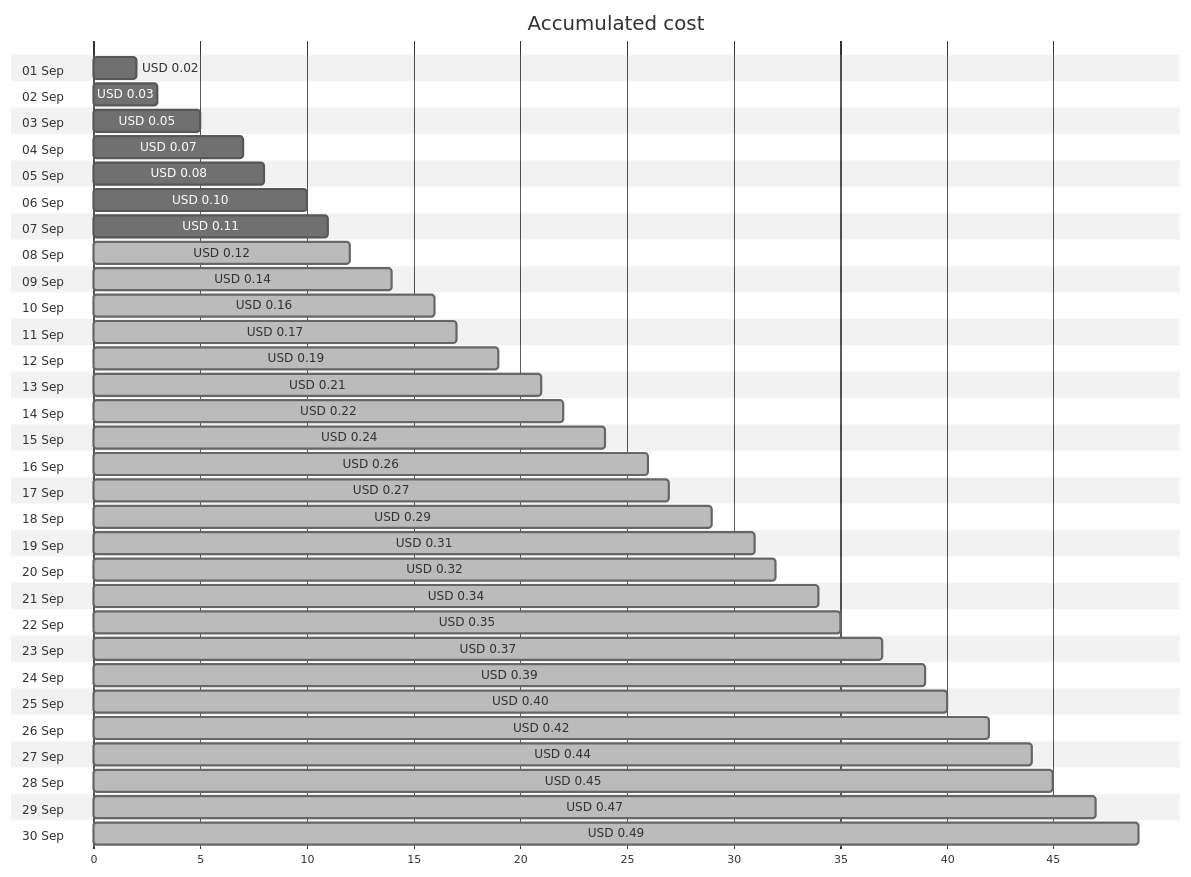
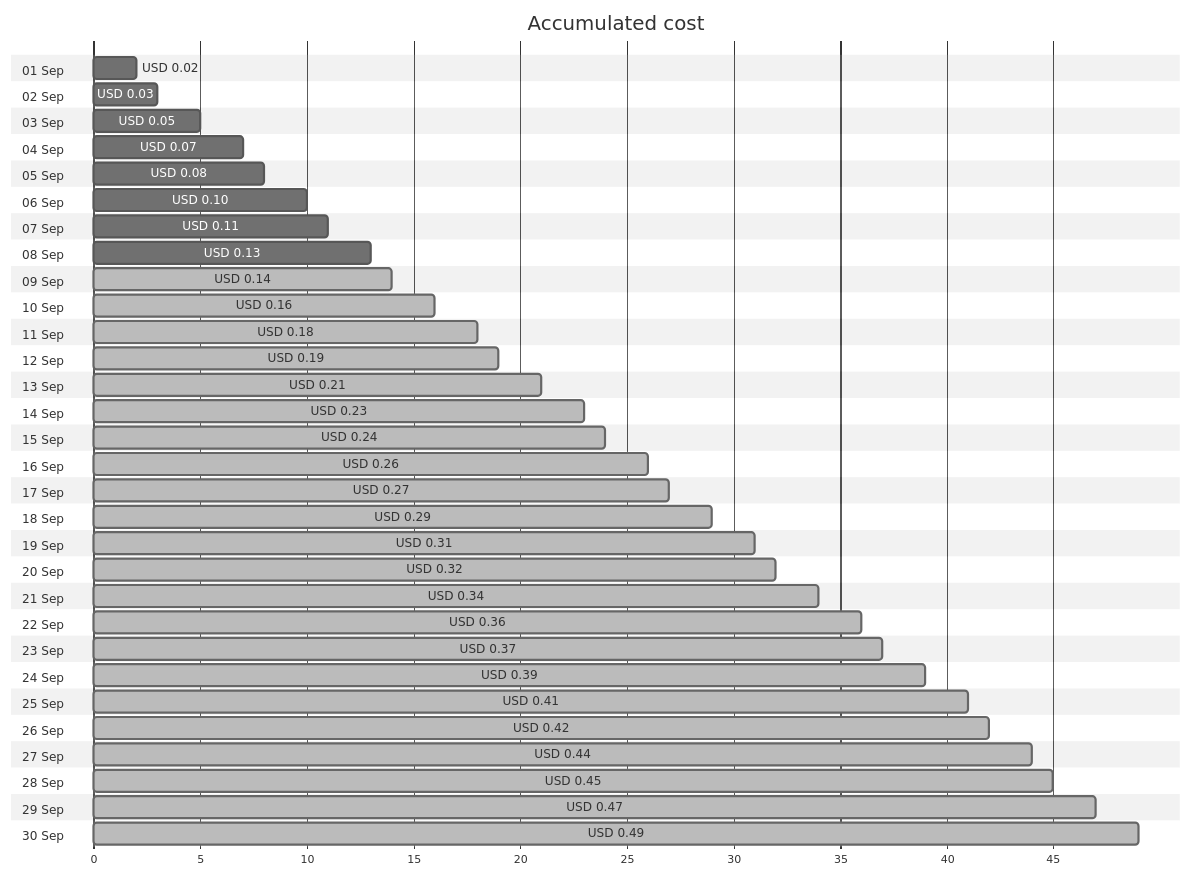
Before and after one commit to jpfulton/azure-personal-reports: the first of 4 diagrams in cost-reports/personal-dns/jpatrickfulton.com.md, drawn with Mermaid (neutral theme). The commit also changed other lines of this file and 2 other files, not shown here.

````diff
--- a/cost-reports/personal-dns/jpatrickfulton.com.md
+++ b/cost-reports/personal-dns/jpatrickfulton.com.md
@@ -20,66 +20,66 @@
 ```mermaid
 gantt
    title Accumulated cost
    dateFormat  X
    axisFormat %s
    section 01 Sep
    USD 0.02 :0, 2
    section 02 Sep
    USD 0.03 :0, 3
    section 03 Sep
    USD 0.05 :0, 5
    section 04 Sep
    USD 0.07 :0, 7
    section 05 Sep
    USD 0.08 :0, 8
    section 06 Sep
    USD 0.10 :0, 10
    section 07 Sep
    USD 0.11 :0, 11
    section 08 Sep
-   USD 0.12 : done, 0, 12
+   USD 0.13 :0, 13
    section 09 Sep
    USD 0.14 : done, 0, 14
    section 10 Sep
    USD 0.16 : done, 0, 16
    section 11 Sep
-   USD 0.17 : done, 0, 17
+   USD 0.18 : done, 0, 18
    section 12 Sep
    USD 0.19 : done, 0, 19
    section 13 Sep
    USD 0.21 : done, 0, 21
    section 14 Sep
-   USD 0.22 : done, 0, 22
+   USD 0.23 : done, 0, 23
    section 15 Sep
    USD 0.24 : done, 0, 24
    section 16 Sep
    USD 0.26 : done, 0, 26
    section 17 Sep
    USD 0.27 : done, 0, 27
    section 18 Sep
    USD 0.29 : done, 0, 29
    section 19 Sep
    USD 0.31 : done, 0, 31
    section 20 Sep
    USD 0.32 : done, 0, 32
    section 21 Sep
    USD 0.34 : done, 0, 34
    section 22 Sep
-   USD 0.35 : done, 0, 35
+   USD 0.36 : done, 0, 36
    section 23 Sep
    USD 0.37 : done, 0, 37
    section 24 Sep
    USD 0.39 : done, 0, 39
    section 25 Sep
-   USD 0.40 : done, 0, 40
+   USD 0.41 : done, 0, 41
    section 26 Sep
    USD 0.42 : done, 0, 42
    section 27 Sep
    USD 0.44 : done, 0, 44
    section 28 Sep
    USD 0.45 : done, 0, 45
    section 29 Sep
    USD 0.47 : done, 0, 47
    section 30 Sep
    USD 0.49 : done, 0, 49
 ```
````
